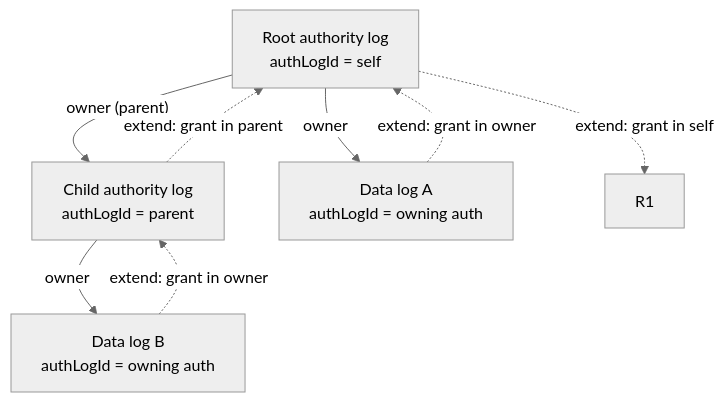
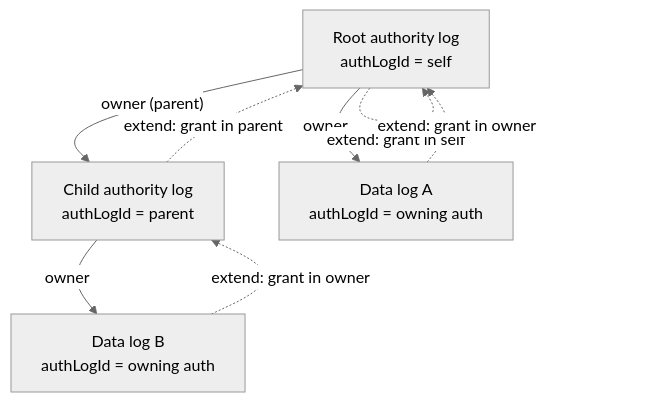
The first of 10 diagrams in docs/arc/arc-0017-auth-overview.md (forestrie/univocity), drawn with Mermaid (neutral theme) before and after one commit. The commit also changed other lines of this file, not shown here.

First line of the commit message:
docs(arc): operator flows, root grant expiry, expected practice in ARC-0017

````diff
--- a/docs/arc/arc-0017-auth-overview.md
+++ b/docs/arc/arc-0017-auth-overview.md
@@ -29,16 +29,16 @@
 ```mermaid
 flowchart TB
   ROOT["Root authority log\nauthLogId = self"]
   CHILD["Child authority log\nauthLogId = parent"]
   D1["Data log A\nauthLogId = owning auth"]
   D2["Data log B\nauthLogId = owning auth"]
 
   ROOT -->|"owner (parent)"| CHILD
   ROOT -->|"owner"| D1
   CHILD -->|"owner"| D2
 
-  ROOT -.->|extend: grant in self| R1
+  ROOT -.->|extend: grant in self| ROOT
   CHILD -.->|extend: grant in parent| ROOT
   D1 -.->|extend: grant in owner| ROOT
   D2 -.->|extend: grant in owner| CHILD
 ```
````
